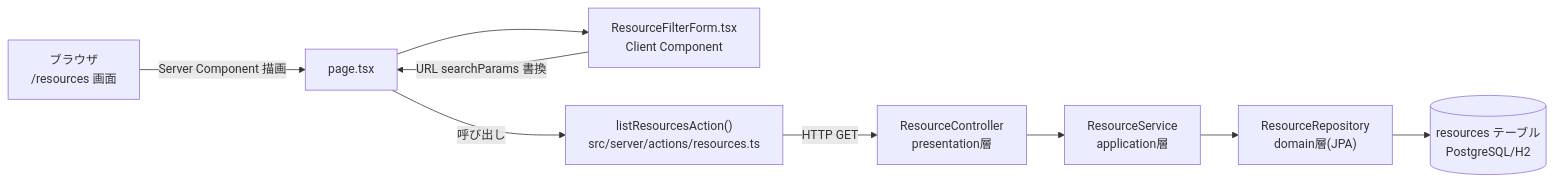
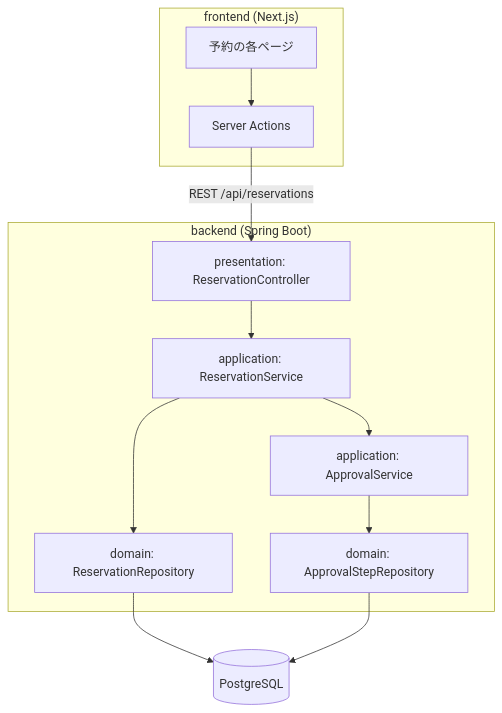
Before and after one commit to CHS-Training-Org/ai_training_for_chuo_system: the first of 2 diagrams in Docs/spec/aidlc-docs/inception/reverse-engineering/architecture.md, drawn with Mermaid. The commit also changed other lines of this file and 22 other files, not shown here.

````diff
--- a/Docs/spec/aidlc-docs/inception/reverse-engineering/architecture.md
+++ b/Docs/spec/aidlc-docs/inception/reverse-engineering/architecture.md
@@ -18,11 +18,15 @@
 ```mermaid
-flowchart LR
-    Browser["ブラウザ<br/>/resources 画面"] -->|Server Component 描画| Page["page.tsx"]
-    Page --> FilterForm["ResourceFilterForm.tsx<br/>Client Component"]
-    FilterForm -->|URL searchParams 書換| Page
-    Page -->|呼び出し| Action["listResourcesAction()<br/>src/server/actions/resources.ts"]
-    Action -->|HTTP GET| Controller["ResourceController<br/>presentation層"]
-    Controller --> Service["ResourceService<br/>application層"]
-    Service --> Repo["ResourceRepository<br/>domain層(JPA)"]
-    Repo --> DB[("resources テーブル<br/>PostgreSQL/H2")]
+flowchart TB
+  subgraph FE["frontend (Next.js)"]
+    Pages["予約の各ページ"] --> Actions["Server Actions"]
+  end
+  subgraph BE["backend (Spring Boot)"]
+    Ctrl["presentation: ReservationController"] --> Svc["application: ReservationService"]
+    Svc --> ApprSvc["application: ApprovalService"]
+    Svc --> Repo["domain: ReservationRepository"]
+    ApprSvc --> StepRepo["domain: ApprovalStepRepository"]
+  end
+  Actions -->|"REST /api/reservations"| Ctrl
+  Repo --> DB[("PostgreSQL")]
+  StepRepo --> DB
 ```
````
